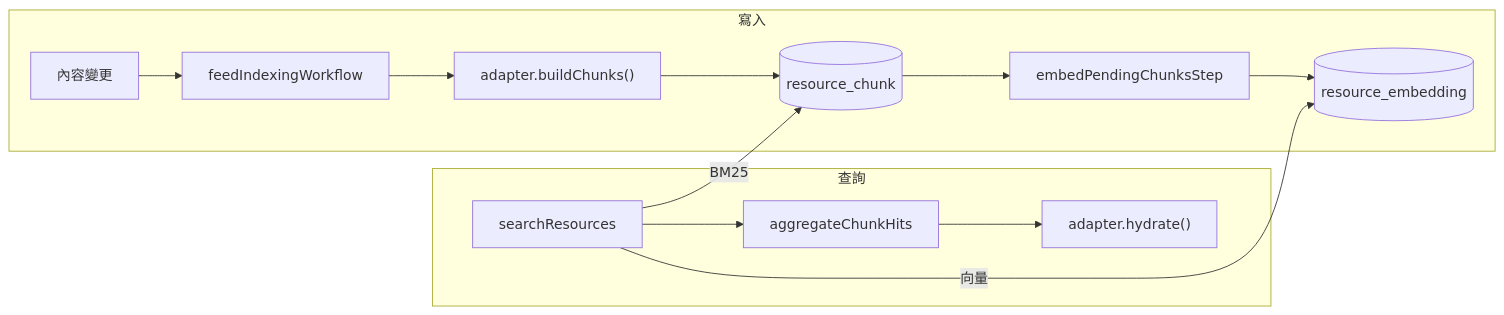
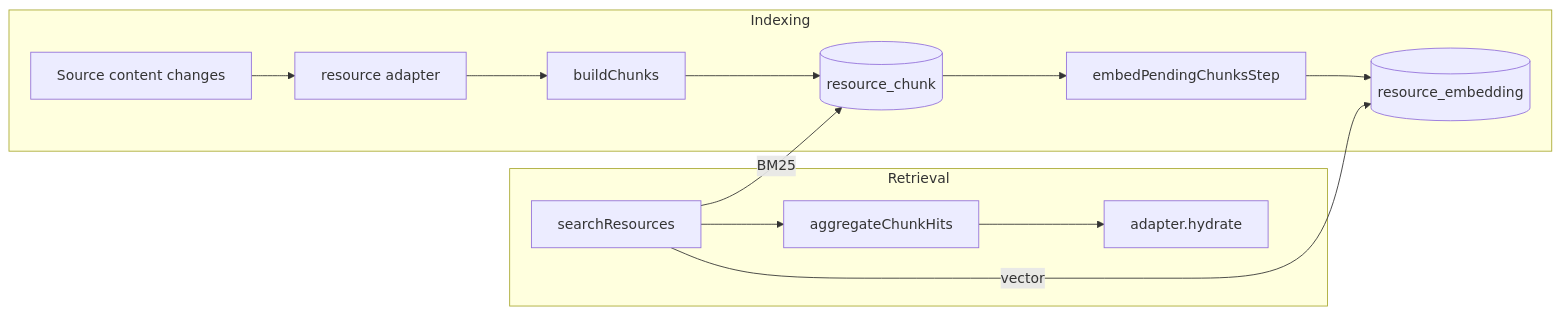
Before and after one commit to Chia1104/chia1104.dev: the first of 2 diagrams in docs/rag-architecture.md, drawn with Mermaid. The commit also changed other lines of this file and 4 other files, not shown here.

````diff
--- a/docs/rag-architecture.md
+++ b/docs/rag-architecture.md
@@ -12,16 +15,16 @@
 ```mermaid
 flowchart LR
-    subgraph write["寫入"]
-        A[內容變更] --> B[feedIndexingWorkflow]
-        B --> C["adapter.buildChunks()"]
+    subgraph write["Indexing"]
+        A[Source content changes] --> B[resource adapter]
+        B --> C[buildChunks]
         C --> D[(resource_chunk)]
         D --> E[embedPendingChunksStep]
         E --> F[(resource_embedding)]
     end
-    subgraph read["查詢"]
+    subgraph read["Retrieval"]
         G[searchResources] -->|BM25| D
-        G -->|向量| F
+        G -->|vector| F
         G --> H[aggregateChunkHits]
-        H --> I["adapter.hydrate()"]
+        H --> I[adapter.hydrate]
     end
 ```
````
